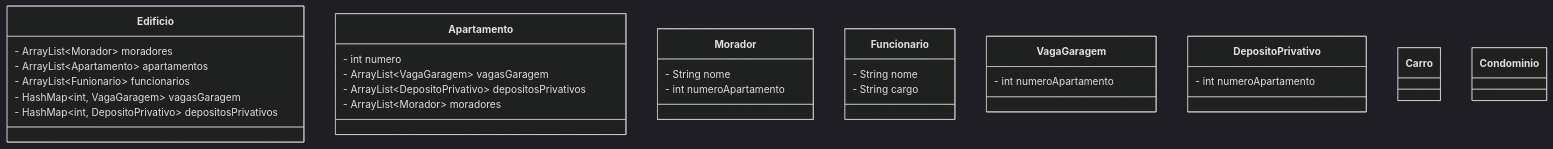
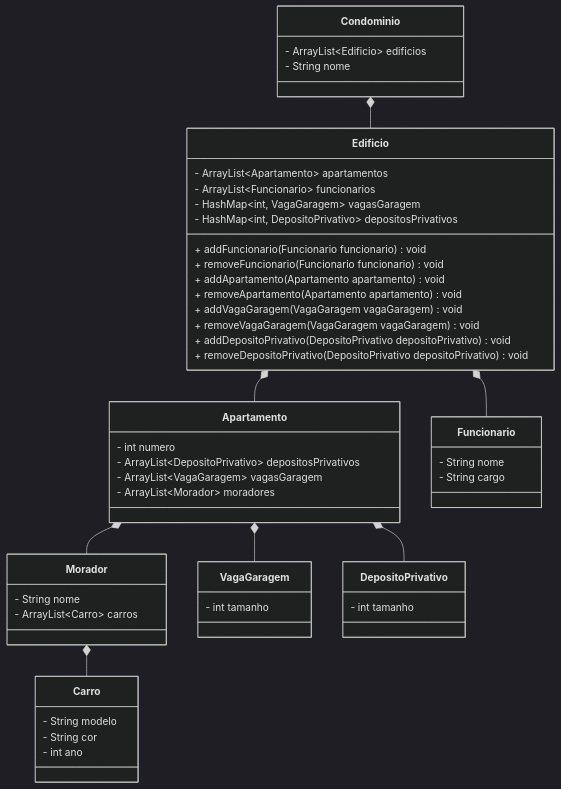
The third of 3 diagrams in laboratorio-03/readme.md (kauanrfontana/IFSC-POO), drawn with Mermaid (dark theme) before and after one commit. The commit also changed 6 other files, not shown here.

Commit message:
adiciona diagrama de condominio

````diff
--- a/laboratorio-03/readme.md
+++ b/laboratorio-03/readme.md
@@ -43,47 +43,62 @@
 ```mermaid
 classDiagram
     class Edificio {
-        - ArrayList~Morador~ moradores
         - ArrayList~Apartamento~ apartamentos
-        - ArrayList~Funionario~ funcionarios
+        - ArrayList~Funcionario~ funcionarios
         - HashMap~int, VagaGaragem~ vagasGaragem
         - HashMap~int, DepositoPrivativo~ depositosPrivativos
-       
+        + addFuncionario(Funcionario funcionario) void
+        + removeFuncionario(Funcionario funcionario) void
+        + addApartamento(Apartamento apartamento) void
+        + removeApartamento(Apartamento apartamento) void
+        + addVagaGaragem(VagaGaragem vagaGaragem) void
+        + removeVagaGaragem(VagaGaragem vagaGaragem) void
+        + addDepositoPrivativo(DepositoPrivativo depositoPrivativo) void
+        + removeDepositoPrivativo(DepositoPrivativo depositoPrivativo) void
     }
     
     class Apartamento {
       - int numero
+      - ArrayList~DepositoPrivativo~ depositosPrivativos
       - ArrayList~VagaGaragem~ vagasGaragem
-      - ArrayList~DepositoPrivativo~ depositosPrivativos
       - ArrayList~Morador~ moradores
     }
     
     class Morador {
         - String nome
-        - int numeroApartamento
+        - ArrayList~Carro~ carros
     }
 
     class Funcionario {
         - String nome
         - String cargo
     }
 
     class VagaGaragem {
-        - int numeroApartamento
+        - int tamanho
     }
 
     class DepositoPrivativo {
-        - int numeroApartamento
-        
+        - int tamanho
     }
 
     class Carro {
-
+        - String modelo
+        - String cor
+        - int ano
     }
 
     class Condominio {
+        - ArrayList~Edificio~ edificios
+        - String nome
+    }
 
-    }
-    
+    Condominio *-- Edificio
+    Edificio *-- Funcionario
+    Edificio *-- Apartamento
+    Apartamento *-- Morador
+    Apartamento *-- VagaGaragem
+    Apartamento *-- DepositoPrivativo
+    Morador *-- Carro
    
 ```
````
